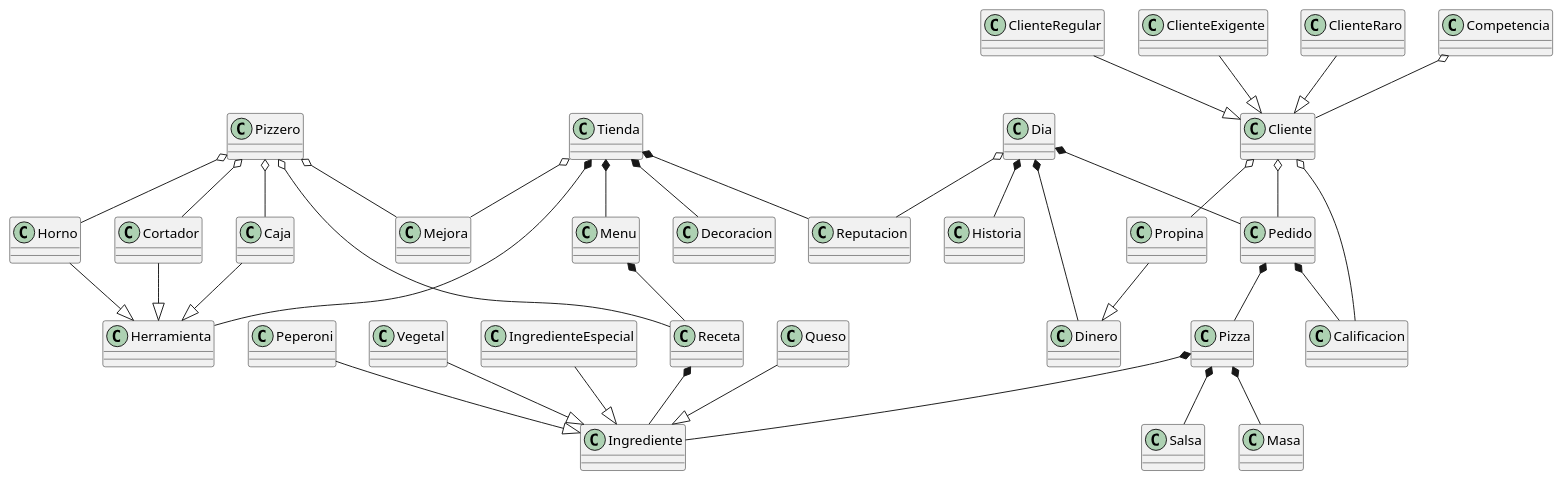
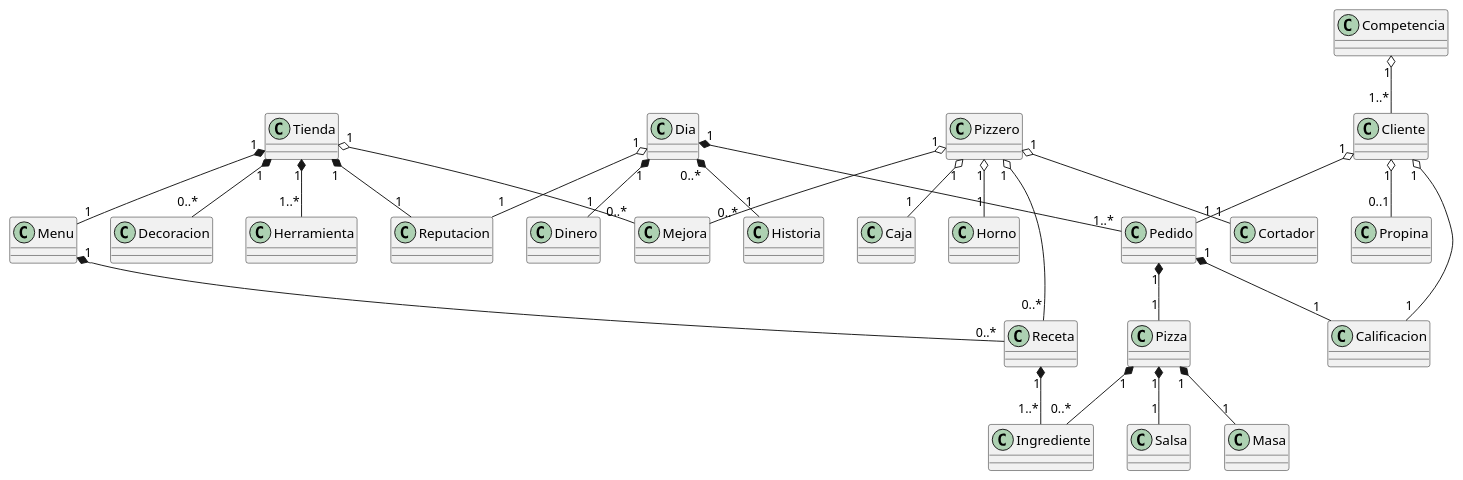
One commit to sofirdzzz/3e261 changed the diagram in diagrama.puml. Above: the diagram before and after it, drawn with PlantUML.

Commit message:
practica 3

```diff
--- a/diagrama.puml
+++ b/diagrama.puml
@@ -1,72 +1,29 @@
-class Pizzero
-class Cliente
-class ClienteRegular
-class ClienteExigente
-class ClienteRaro
-class Pizza
-class Masa
-class Salsa
-class Ingrediente
-class Queso
-class Peperoni
-class Vegetal
-class IngredienteEspecial
-class Horno
-class Cortador
-class Caja
-class Pedido
-class Receta
-class Dinero
-class Propina
-class Reputacion
-class Tienda
-class Mejora
-class Herramienta
-class Competencia
-class Dia
-class Calificacion
-class Menu
-class Decoracion
-class Historia
+@startuml
+Pizza        "1" *-- "1"    Masa
+Pizza        "1" *-- "1"    Salsa
+Pizza        "1" *-- "0..*" Ingrediente
+Pedido       "1" *-- "1"    Pizza
+Pedido       "1" *-- "1"    Calificacion
+Tienda       "1" *-- "1"    Menu
+Tienda       "1" *-- "0..*" Decoracion
+Tienda       "1" *-- "1..*" Herramienta
+Tienda       "1" *-- "1"    Reputacion
+Dia          "1" *-- "1..*" Pedido
+Dia          "1" *-- "1"    Dinero
+Dia          "0..*" *-- "1" Historia
+Menu         "1" *-- "0..*" Receta
+Receta       "1" *-- "1..*" Ingrediente
 
-ClienteRegular --|> Cliente
-ClienteExigente --|> Cliente
-ClienteRaro --|> Cliente
+Pizzero      "1" o-- "1"    Horno
+Pizzero      "1" o-- "1"    Cortador
+Pizzero      "1" o-- "1"    Caja
+Pizzero      "1" o-- "0..*" Receta
+Pizzero      "1" o-- "0..*" Mejora
+Cliente      "1" o-- "1"    Pedido
+Cliente      "1" o-- "1"    Calificacion
+Cliente      "1" o-- "0..1" Propina
+Tienda       "1" o-- "0..*" Mejora
+Competencia  "1" o-- "1..*" Cliente
+Dia          "1" o-- "1"    Reputacion
 
-Queso --|> Ingrediente
-Peperoni --|> Ingrediente
-Vegetal --|> Ingrediente
-IngredienteEspecial --|> Ingrediente
-
-Cortador --|> Herramienta
-Horno --|> Herramienta
-Caja --|> Herramienta
-
-Propina --|> Dinero
-
-Pizza *-- Masa
-Pizza *-- Salsa
-Pizza *-- Ingrediente
-Pedido *-- Pizza
-Pedido *-- Calificacion
-Tienda *-- Menu
-Tienda *-- Decoracion
-Tienda *-- Herramienta
-Tienda *-- Reputacion
-Dia *-- Pedido
-Dia *-- Dinero
-Dia *-- Historia
-Menu *-- Receta
-Receta *-- Ingrediente
-
-Pizzero o-- Horno
-Pizzero o-- Cortador
-Pizzero o-- Caja
-Pizzero o-- Receta
-Pizzero o-- Mejora
-Cliente o-- Pedido
-Cliente o-- Calificacion
-Cliente o-- Propina
-Tienda o-- Mejora
-Competencia o-- Cliente
-Dia o-- Reputacion
+@enduml
```
